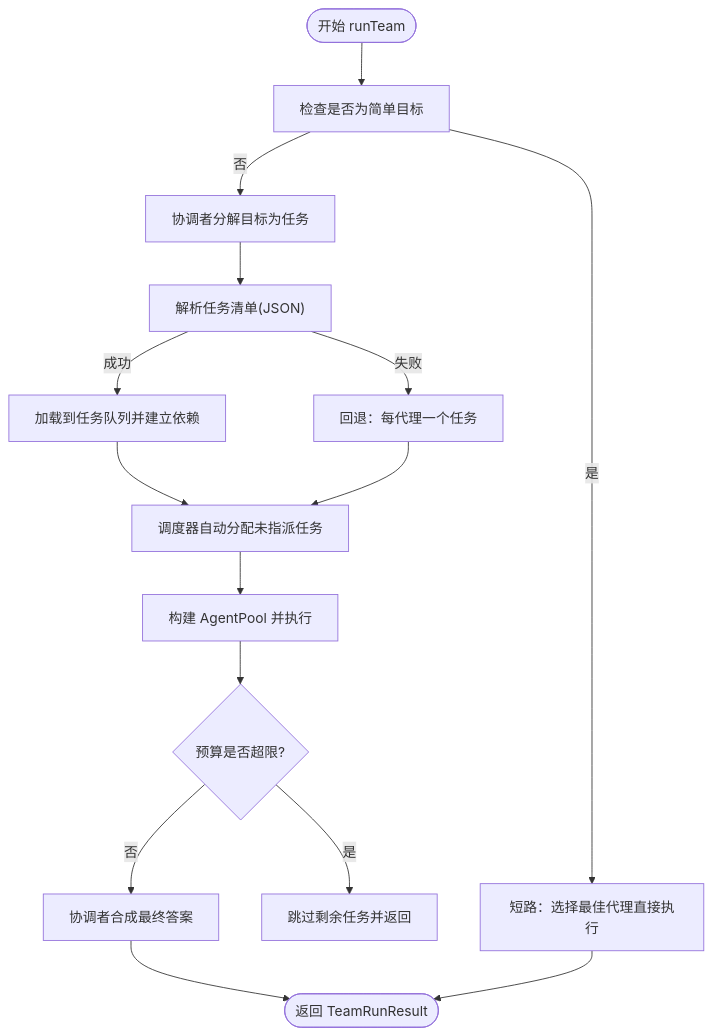
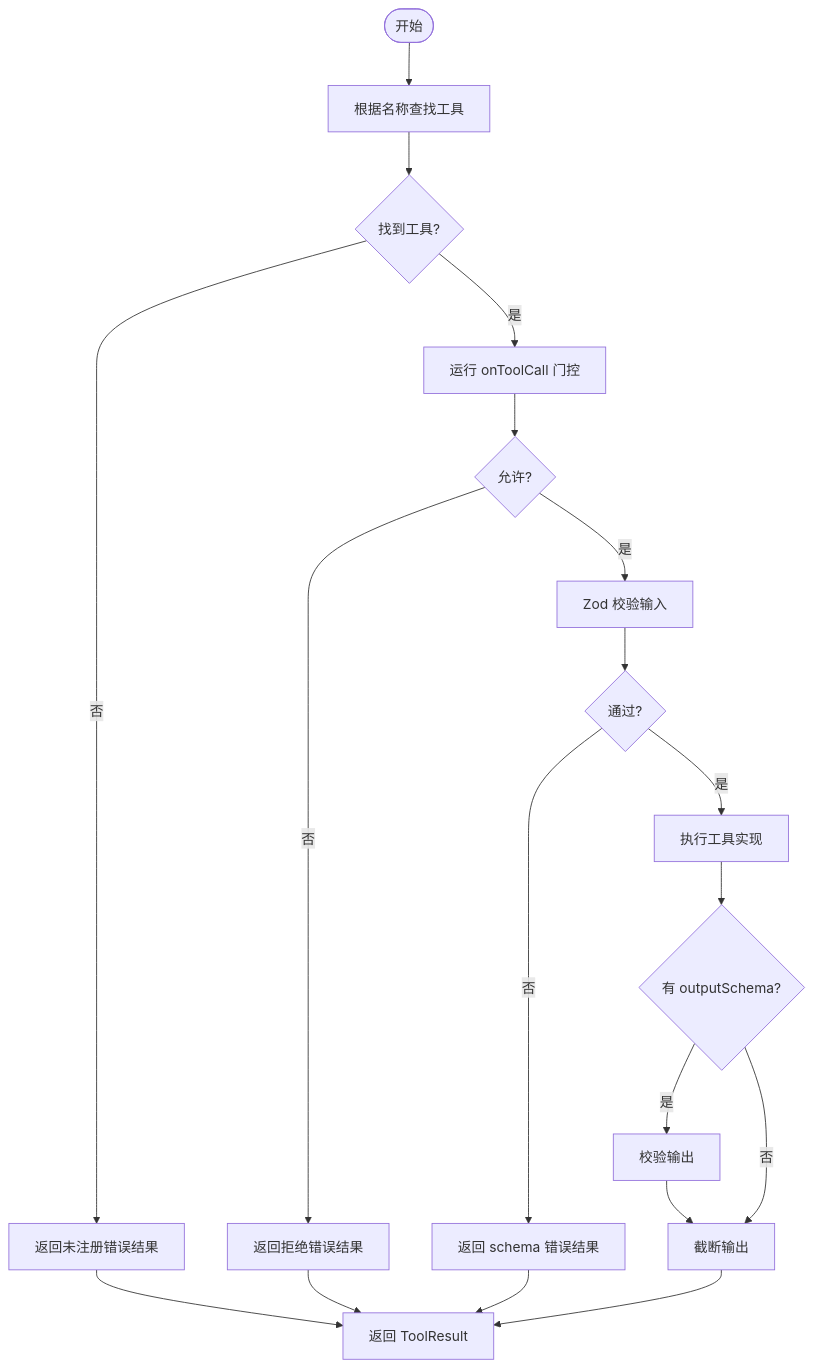
The fifth of 7 diagrams in .qoder/repowiki/zh/content/API 参考/API 参考.md (haolange/open-multi-agent), drawn with Mermaid before and after one commit. The commit also changed other lines of this file and 293 other files, not shown here.

````diff
--- a/.qoder/repowiki/zh/content/API 参考/API 参考.md
+++ b/.qoder/repowiki/zh/content/API 参考/API 参考.md
@@ -152,17 +256,21 @@
 ```mermaid
 flowchart TD
-Start(["开始 runTeam"]) --> CheckSimple["检查是否为简单目标"]
-CheckSimple --> |是| SC["短路：选择最佳代理直接执行"]
-CheckSimple --> |否| Decompose["协调者分解目标为任务"]
-Decompose --> Parse["解析任务清单(JSON)"]
-Parse --> |失败| Fallback["回退：每代理一个任务"]
-Parse --> |成功| Load["加载到任务队列并建立依赖"]
-Load --> Assign["调度器自动分配未指派任务"]
-Assign --> BuildPool["构建 AgentPool 并执行"]
-BuildPool --> BudgetCheck{"预算是否超限?"}
-BudgetCheck --> |是| Skip["跳过剩余任务并返回"]
-BudgetCheck --> |否| Synthesize["协调者合成最终答案"]
-Synthesize --> Done(["返回 TeamRunResult"])
-SC --> Done
-Fallback --> Assign
+Start(["开始"]) --> Find["根据名称查找工具"]
+Find --> Found{"找到工具?"}
+Found -- 否 --> ErrReg["返回未注册错误结果"]
+Found -- 是 --> Gate["运行 onToolCall 门控"]
+Gate --> GateOk{"允许?"}
+GateOk -- 否 --> ErrDeny["返回拒绝错误结果"]
+GateOk -- 是 --> Validate["Zod 校验输入"]
+Validate --> Valid{"通过?"}
+Valid -- 否 --> ErrSchema["返回 schema 错误结果"]
+Valid -- 是 --> Exec["执行工具实现"]
+Exec --> OutSchema{"有 outputSchema?"}
+OutSchema -- 是 --> ValidateOut["校验输出"]
+OutSchema -- 否 --> Trunc["截断输出"]
+ValidateOut --> Trunc
+Trunc --> Return["返回 ToolResult"]
+ErrReg --> Return
+ErrDeny --> Return
+ErrSchema --> Return
 ```
````
